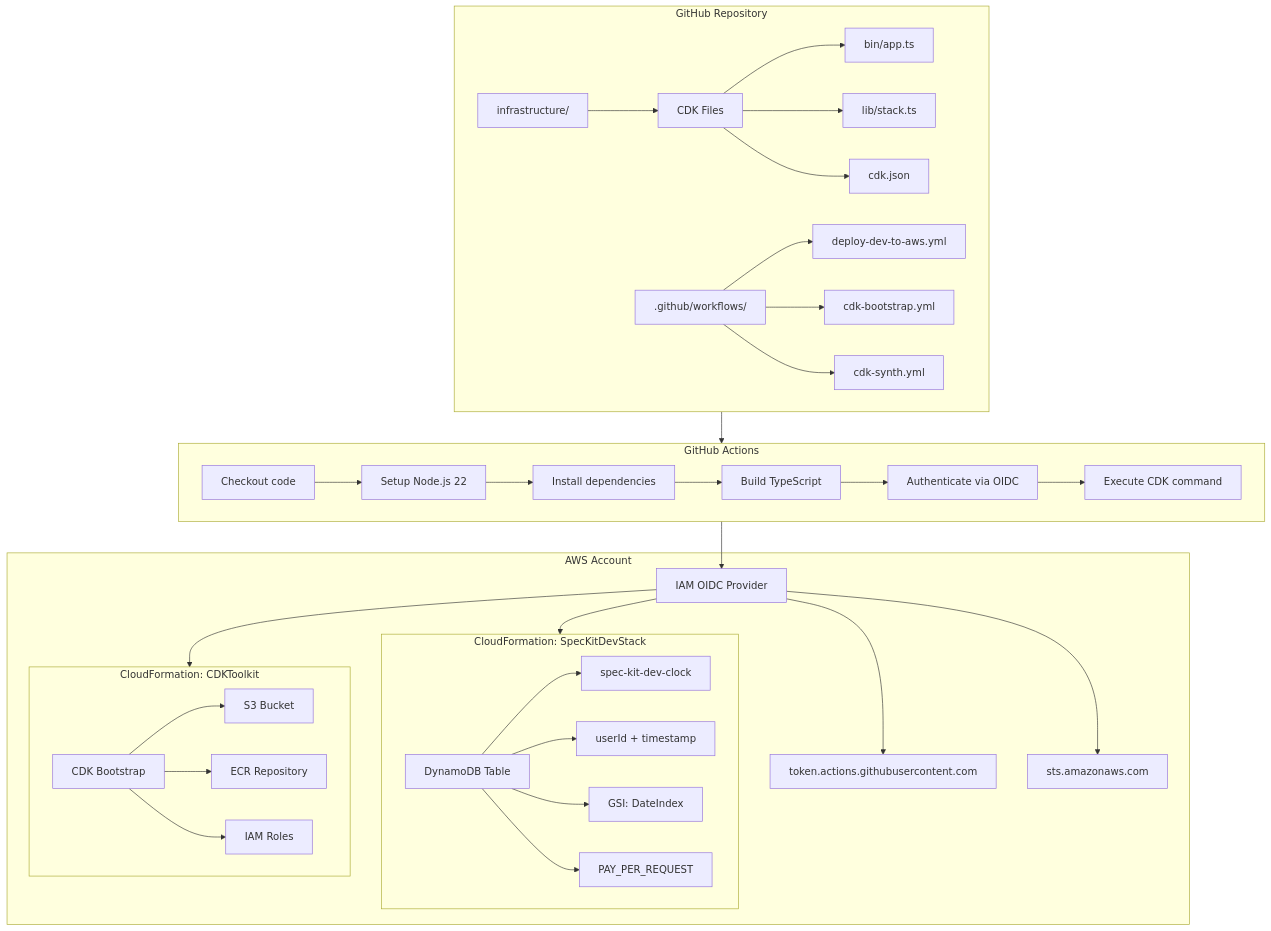
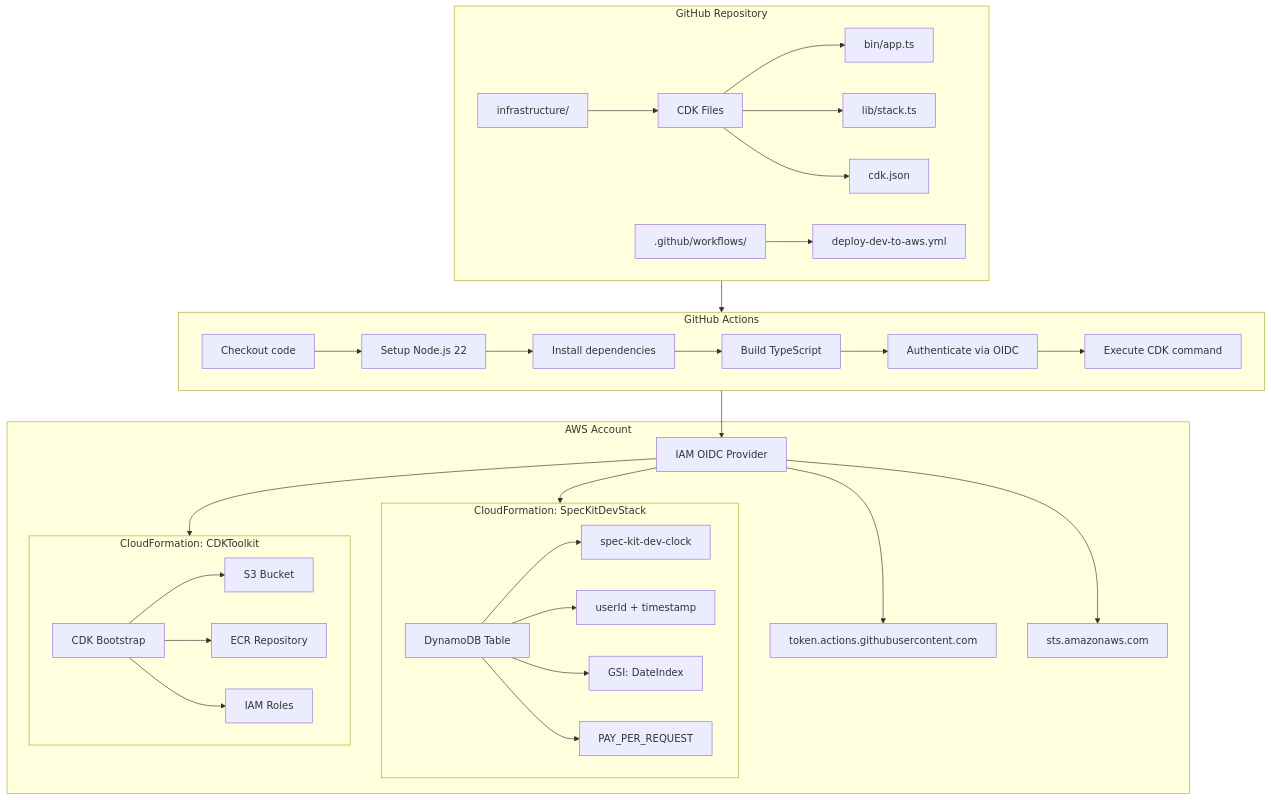
Before and after one commit to goataka/attendance-kit: the first of 3 diagrams in specs/1-aws-clock-table-cicd/plan.md, drawn with Mermaid. The commit also changed other lines of this file and 6 other files, not shown here.

````diff
--- a/specs/1-aws-clock-table-cicd/plan.md
+++ b/specs/1-aws-clock-table-cicd/plan.md
@@ -44,70 +44,66 @@
 ```mermaid
 graph TB
     subgraph GitHub["GitHub Repository"]
         infra["infrastructure/"]
         infra_files["CDK Files"]
         infra_bin["bin/app.ts"]
         infra_lib["lib/stack.ts"]
         infra_config["cdk.json"]
         workflows[".github/workflows/"]
         wf_deploy["deploy-dev-to-aws.yml"]
-        wf_bootstrap["cdk-bootstrap.yml"]
-        wf_synth["cdk-synth.yml"]
         
         infra --> infra_files
         infra_files --> infra_bin
         infra_files --> infra_lib
         infra_files --> infra_config
         workflows --> wf_deploy
-        workflows --> wf_bootstrap
-        workflows --> wf_synth
     end
     
     subgraph Actions["GitHub Actions"]
         step1["Checkout code"]
         step2["Setup Node.js 22"]
         step3["Install dependencies"]
         step4["Build TypeScript"]
         step5["Authenticate via OIDC"]
         step6["Execute CDK command"]
         step1 --> step2 --> step3 --> step4 --> step5 --> step6
     end
     
     subgraph AWS["AWS Account"]
         oidc["IAM OIDC Provider"]
         oidc_provider["token.actions.githubusercontent.com"]
         oidc_audience["sts.amazonaws.com"]
         
         subgraph Stack1["CloudFormation: SpecKitDevStack"]
             dynamo["DynamoDB Table"]
             dynamo_name["spec-kit-dev-clock"]
             dynamo_keys["userId + timestamp"]
             dynamo_gsi["GSI: DateIndex"]
             dynamo_billing["PAY_PER_REQUEST"]
             
             dynamo --> dynamo_name
             dynamo --> dynamo_keys
             dynamo --> dynamo_gsi
             dynamo --> dynamo_billing
         end
         
         subgraph Stack2["CloudFormation: CDKToolkit"]
             toolkit["CDK Bootstrap"]
             toolkit_s3["S3 Bucket"]
             toolkit_ecr["ECR Repository"]
             toolkit_iam["IAM Roles"]
             
             toolkit --> toolkit_s3
             toolkit --> toolkit_ecr
             toolkit --> toolkit_iam
         end
         
         oidc --> oidc_provider
         oidc --> oidc_audience
     end
     
     GitHub --> Actions
     Actions --> oidc
     oidc --> Stack1
     oidc --> Stack2
 ```
````
